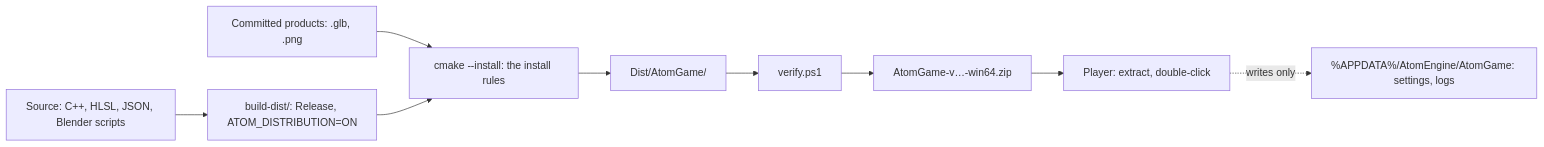
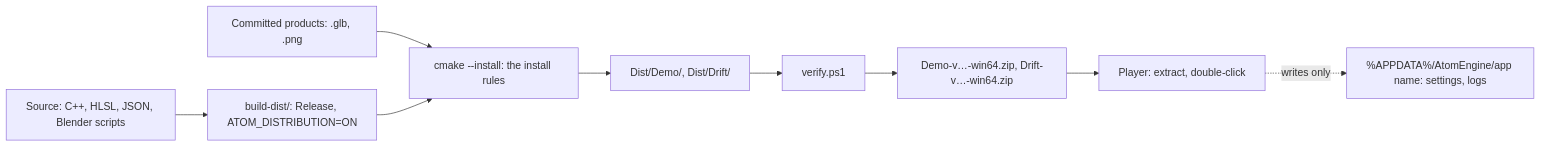
One commit to fgdoliveira/AtomEngine changed the sixth of 6 diagrams in docs/Architecture.md. Above: the diagram before and after it, drawn with Mermaid. The commit also changed other lines of this file and 409 other files, not shown here.

````diff
--- a/docs/Architecture.md
+++ b/docs/Architecture.md
@@ -279,11 +283,11 @@
 ```mermaid
 flowchart LR
     Src[Source: C++, HLSL, JSON, Blender scripts] --> Build[build-dist/: Release, ATOM_DISTRIBUTION=ON]
     Products[Committed products: .glb, .png] --> Install
     Build --> Install[cmake --install: the install rules]
-    Install --> Stage[Dist/AtomGame/]
+    Install --> Stage[Dist/Demo/, Dist/Drift/]
     Stage --> Verify[verify.ps1]
-    Verify --> Zip[AtomGame-v…-win64.zip]
+    Verify --> Zip[Demo-v…-win64.zip, Drift-v…-win64.zip]
     Zip --> Player[Player: extract, double-click]
-    Player -.->|writes only| User[%APPDATA%/AtomEngine/AtomGame: settings, logs]
+    Player -.->|writes only| User[%APPDATA%/AtomEngine/app name: settings, logs]
 ```
````
